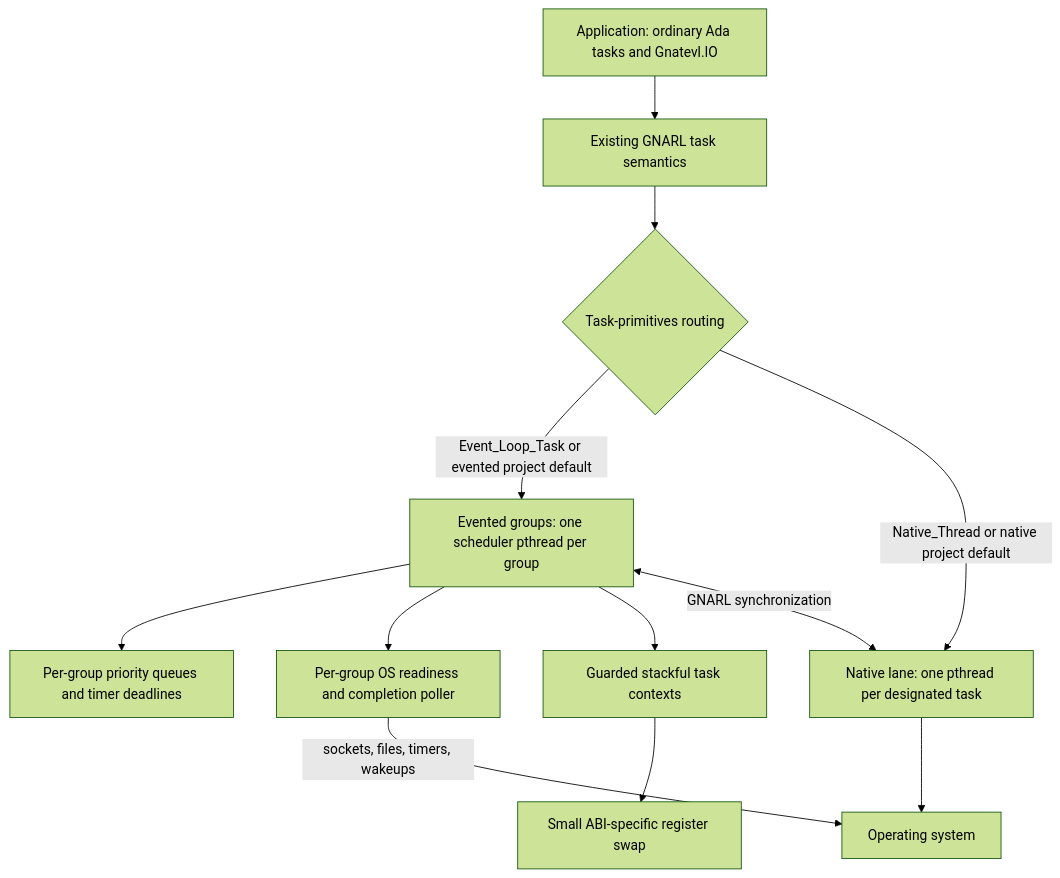
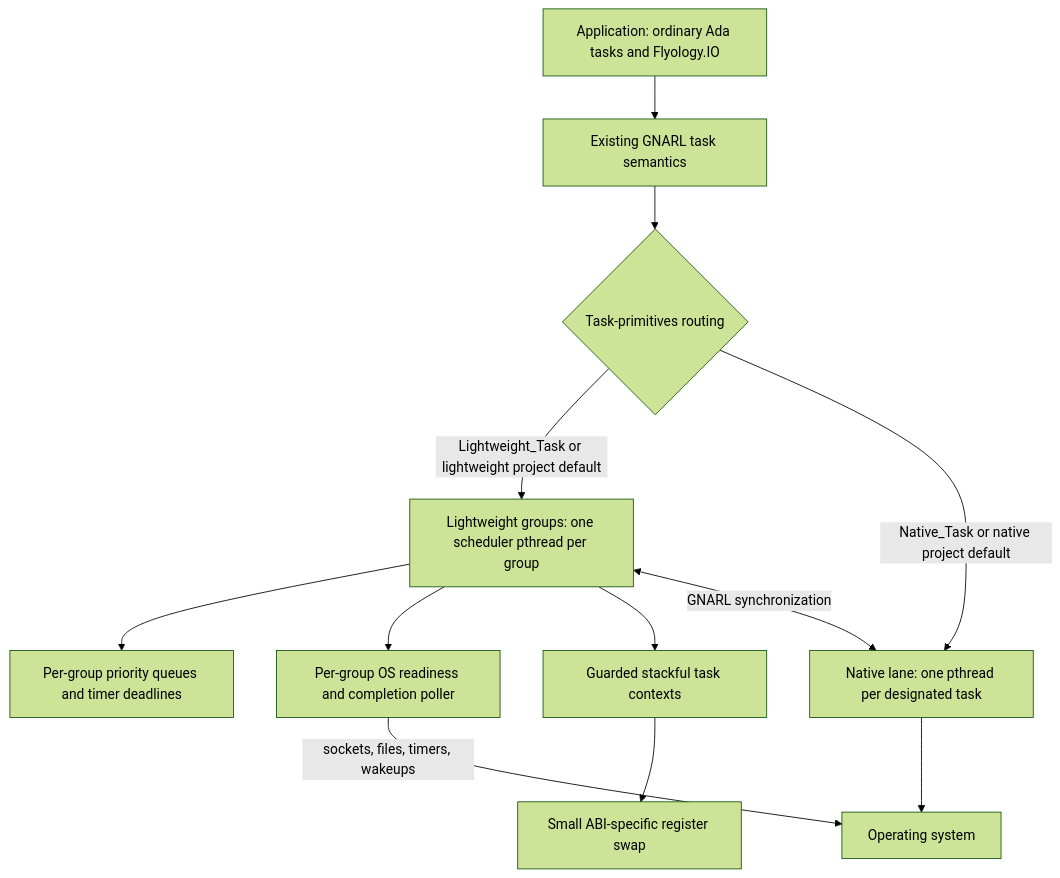
Before and after one commit to flyology-ada/flyology: the first of 3 diagrams in README.md, drawn with Mermaid (forest theme). The commit also changed other lines of this file and 229 other files, not shown here.

First line of the commit message:
Problem: Project and task-mode names retain GNAT-derived terminology

````diff
--- a/README.md
+++ b/README.md
@@ -298,23 +298,23 @@
 ```mermaid
 flowchart TB
-    A[Application: ordinary Ada tasks and Gnatevl.IO]
+    A[Application: ordinary Ada tasks and Flyology.IO]
     G[Existing GNARL task semantics]
     R{Task-primitives routing}
-    E[Evented groups: one scheduler pthread per group]
+    E[Lightweight groups: one scheduler pthread per group]
     N[Native lane: one pthread per designated task]
     Q[Per-group priority queues and timer deadlines]
     K[Per-group OS readiness and completion poller]
     C[Guarded stackful task contexts]
     X[Small ABI-specific register swap]
     O[Operating system]
 
     A --> G --> R
-    R -->|Event_Loop_Task or evented project default| E
-    R -->|Native_Thread or native project default| N
+    R -->|Lightweight_Task or lightweight project default| E
+    R -->|Native_Task or native project default| N
     E --> Q
     E --> K
     E --> C --> X
     E <-->|GNARL synchronization| N
     K -->|sockets, files, timers, wakeups| O
     N --> O
 ```
````
